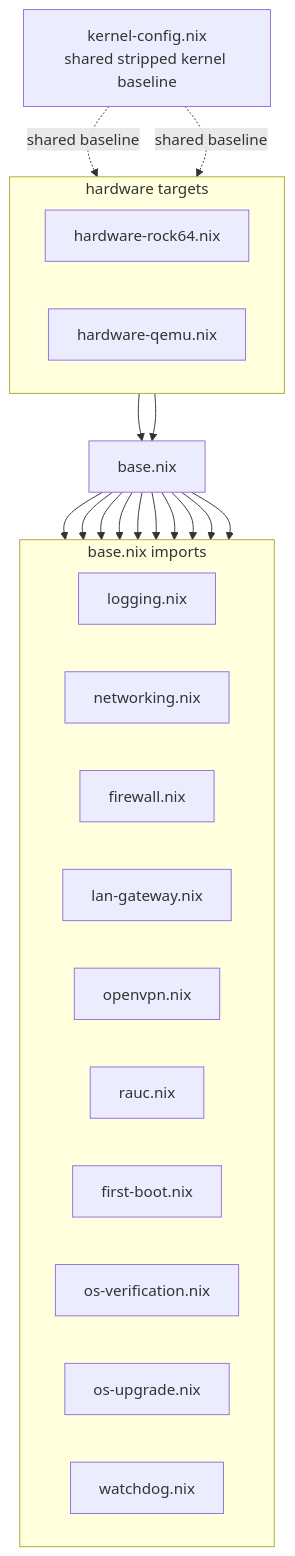
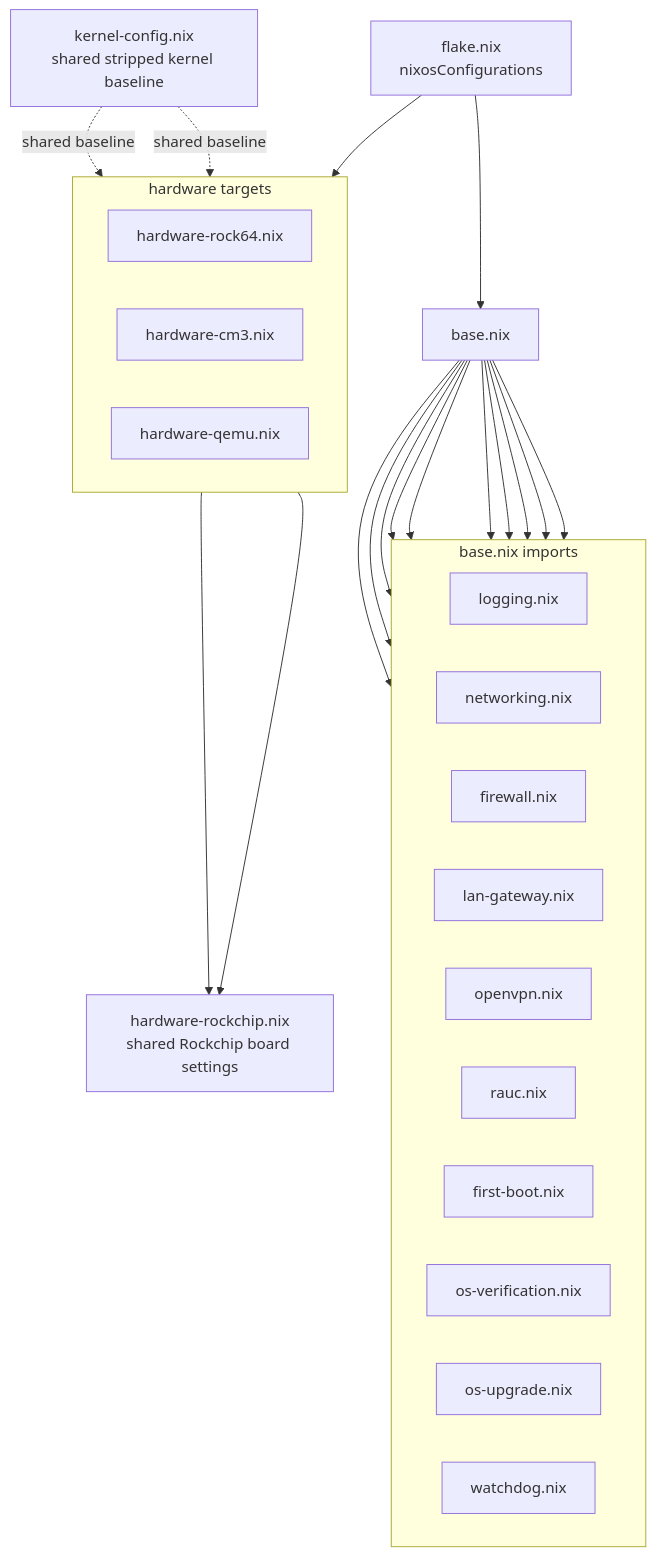
One commit to RobertDeRose/atomixos changed the diagram in docs/src/code-reference/modules.md. Above: the diagram before and after it, drawn with Mermaid. The commit also changed other lines of this file and 32 other files, not shown here.

First line of the commit message:
refactor(nix): publish one package per board and retain it per board

````diff
--- a/docs/src/code-reference/modules.md
+++ b/docs/src/code-reference/modules.md
@@ -8,41 +9,44 @@
 ```mermaid
 flowchart TD
     KERNEL["kernel-config.nix<br/>shared stripped kernel baseline"]
 
     subgraph HARDWARE["hardware targets"]
         direction LR
         ROCK64["hardware-rock64.nix"]
+        CM3["hardware-cm3.nix"]
         QEMU["hardware-qemu.nix"]
     end
 
-    ROCK64 --> BASE["base.nix"]
-    QEMU --> BASE
+    ROCK64 --> ROCKCHIP["hardware-rockchip.nix<br/>shared Rockchip board settings"]
+    CM3 --> ROCKCHIP
+    FLAKE["flake.nix<br/>nixosConfigurations"] --> BASE["base.nix"]
+    FLAKE --> HARDWARE
 
     subgraph IMPORTS["base.nix imports"]
         direction LR
         LOGGING["logging.nix"]
         NETWORKING["networking.nix"]
         FIREWALL["firewall.nix"]
         LAN["lan-gateway.nix"]
         OPENVPN["openvpn.nix"]
         RAUC["rauc.nix"]
         FIRSTBOOT["first-boot.nix"]
         VERIFY["os-verification.nix"]
         UPGRADE["os-upgrade.nix"]
         WATCHDOG["watchdog.nix"]
     end
 
     BASE --> NETWORKING
     BASE --> LOGGING
     BASE --> FIREWALL
     BASE --> LAN
     BASE --> OPENVPN
     BASE --> RAUC
     BASE --> FIRSTBOOT
     BASE --> VERIFY
     BASE --> UPGRADE
     BASE --> WATCHDOG
 
     KERNEL -. shared baseline .-> ROCK64
     KERNEL -. shared baseline .-> QEMU
 ```
````
